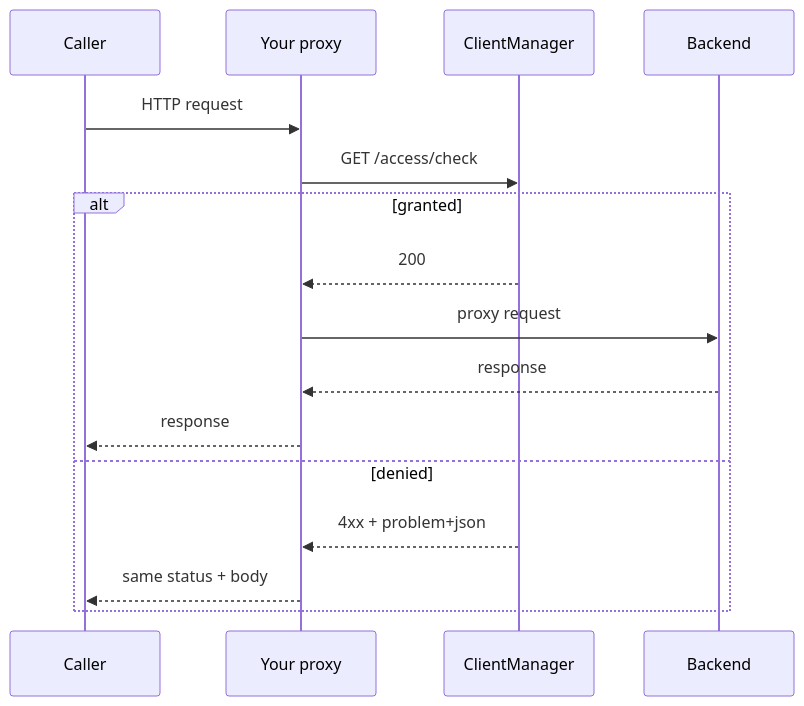
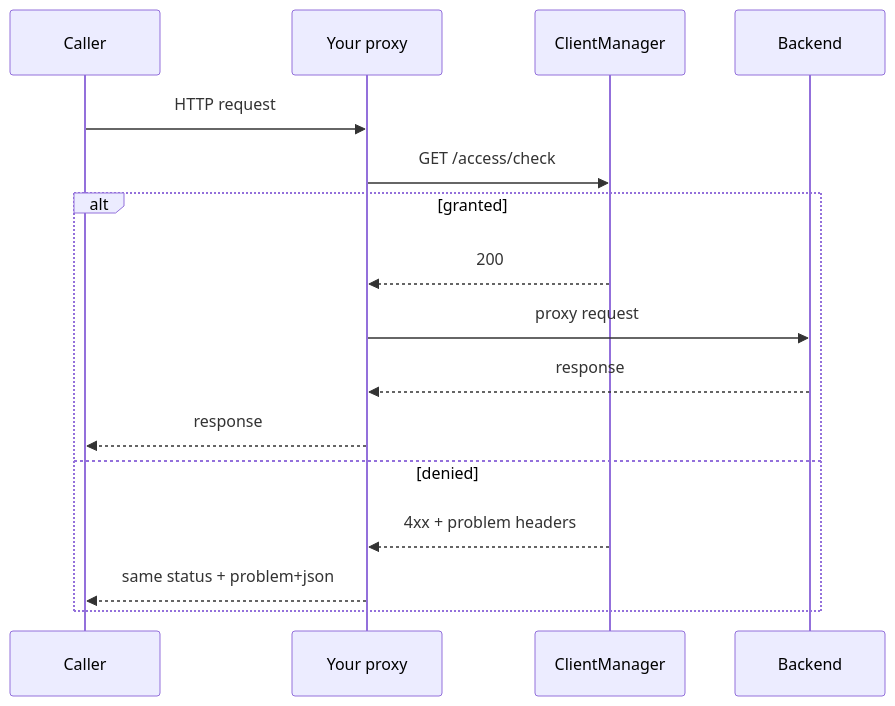
One commit to ShaharMS/ClientManager changed the third of 4 diagrams in docs/core/request-flow.md. Above: the diagram before and after it, drawn with Mermaid. The commit also changed other lines of this file and 6 other files, not shown here.

First line of the commit message:
docs: document problem response headers and nginx integration

````diff
--- a/docs/core/request-flow.md
+++ b/docs/core/request-flow.md
@@ -157,19 +158,19 @@
 ```mermaid
 sequenceDiagram
     participant Caller
     participant Edge as Your proxy
     participant CM as ClientManager
     participant Backend
 
     Caller->>Edge: HTTP request
     Edge->>CM: GET /access/check
     alt granted
         CM-->>Edge: 200
         Edge->>Backend: proxy request
         Backend-->>Edge: response
         Edge-->>Caller: response
     else denied
-        CM-->>Edge: 4xx + problem+json
-        Edge-->>Caller: same status + body
+        CM-->>Edge: 4xx + problem headers
+        Edge-->>Caller: same status + problem+json
     end
 ```
````
